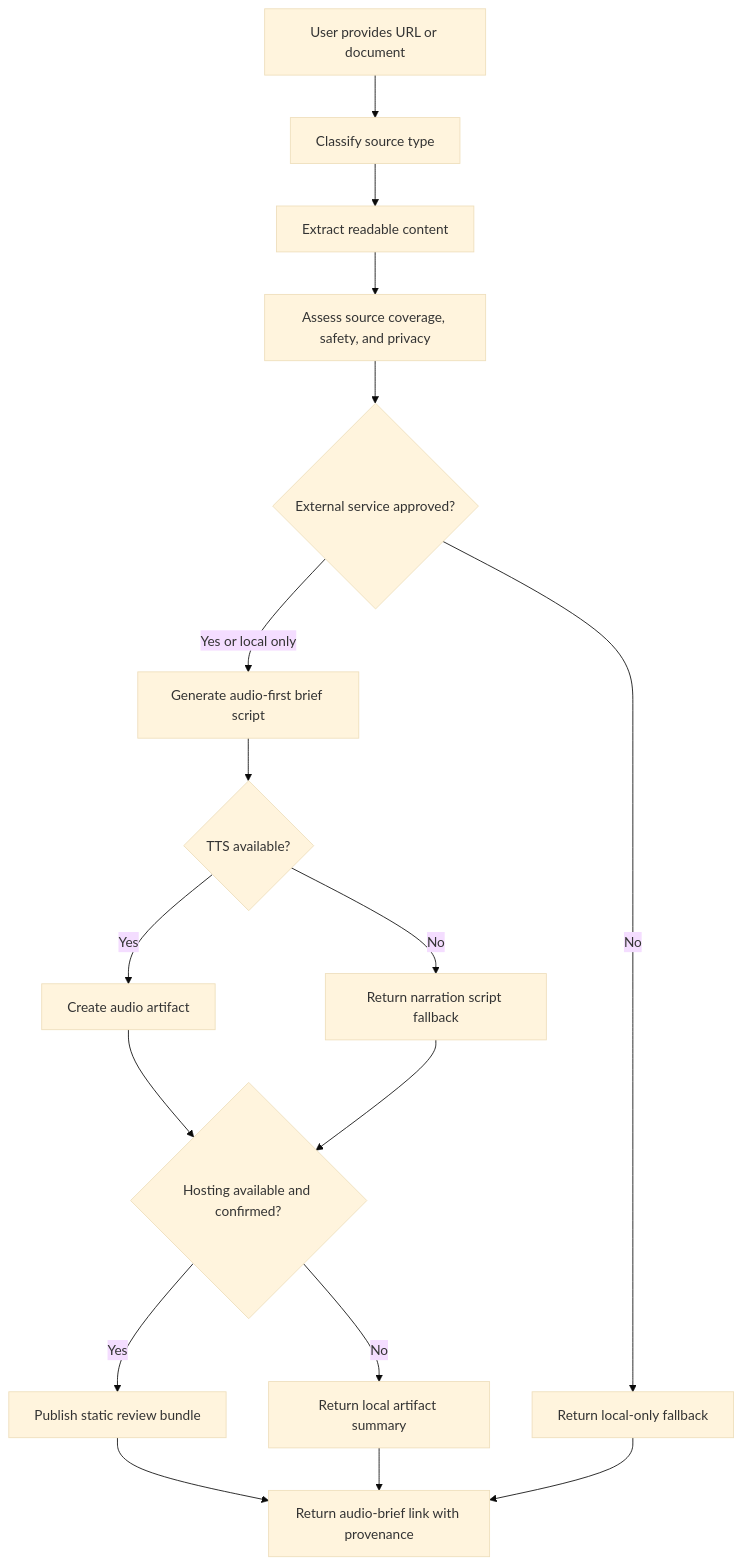
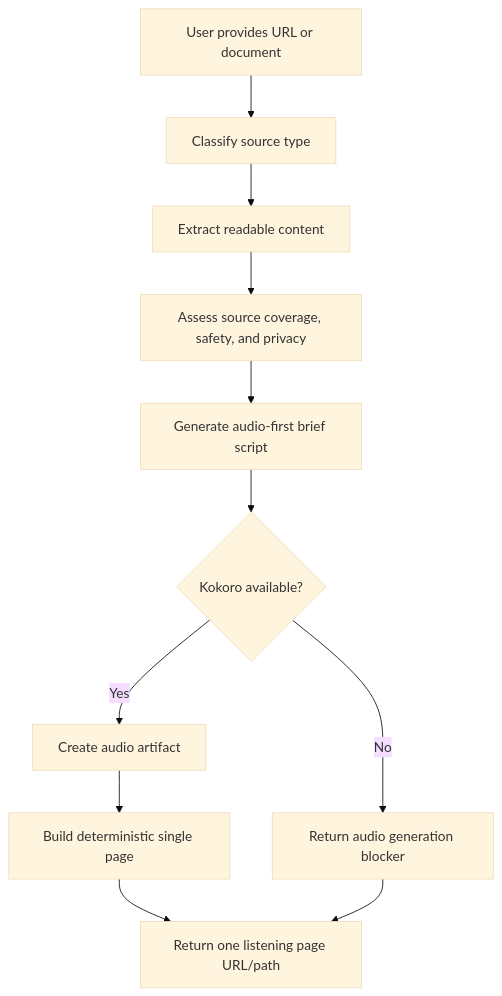
Before and after one commit to lunchpaillola/pipa-skills: the diagram in docs/plans/2026-05-25-001-feat-audio-brief-session-link-plan.md, drawn with Mermaid (base theme). The commit also changed other lines of this file and 11 other files, not shown here.

````diff
--- a/docs/plans/2026-05-25-001-feat-audio-brief-session-link-plan.md
+++ b/docs/plans/2026-05-25-001-feat-audio-brief-session-link-plan.md
@@ -142,19 +176,13 @@
 ```mermaid
 flowchart TB
     A[User provides URL or document] --> B[Classify source type]
     B --> C[Extract readable content]
     C --> D[Assess source coverage, safety, and privacy]
-    D --> E{External service approved?}
-    E -->|Yes or local only| F[Generate audio-first brief script]
-    E -->|No| M[Return local-only fallback]
-    F --> G{TTS available?}
-    G -->|Yes| H[Create audio artifact]
-    G -->|No| I[Return narration script fallback]
-    H --> J{Hosting available and confirmed?}
-    I --> J
-    J -->|Yes| K[Publish static review bundle]
-    J -->|No| L[Return local artifact summary]
-    K --> N[Return audio-brief link with provenance]
-    L --> N
+    D --> E[Generate audio-first brief script]
+    E --> F{Kokoro available?}
+    F -->|Yes| G[Create audio artifact]
+    F -->|No| M[Return audio generation blocker]
+    G --> H[Build deterministic single page]
+    H --> N[Return one listening page URL/path]
     M --> N
 ```
````
